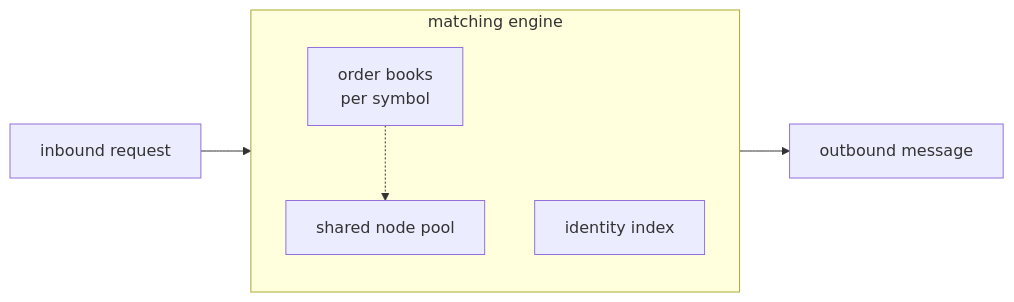
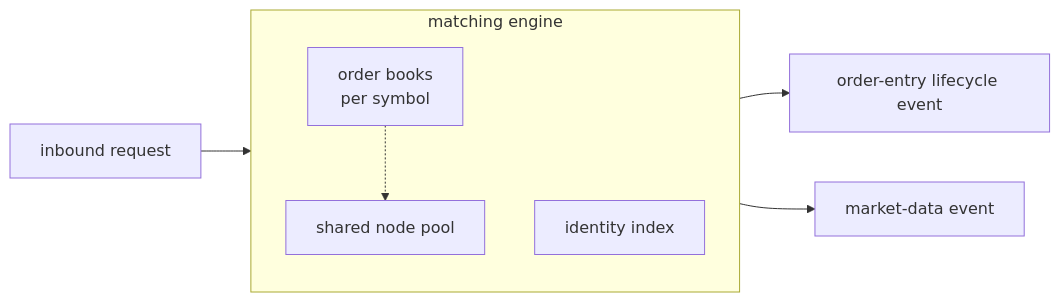
Before and after one commit to indiosmo/cpp-demo-build: the diagram in src/matching_engine/README.md, drawn with Mermaid. The commit also changed other lines of this file and 104 other files, not shown here.

````diff
--- a/src/matching_engine/README.md
+++ b/src/matching_engine/README.md
@@ -31,12 +31,13 @@
 ```mermaid
 flowchart LR
     request[inbound request] --> engine
     subgraph engine[matching engine]
       direction TB
       books[order books<br/>per symbol]
       index[identity index]
       pool[shared node pool]
       books -.-> pool
     end
-    engine --> message[outbound message]
+    engine --> lifecycle[order-entry lifecycle event]
+    engine --> message[market-data event]
 ```
````
